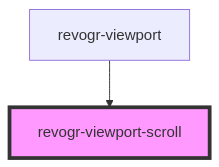
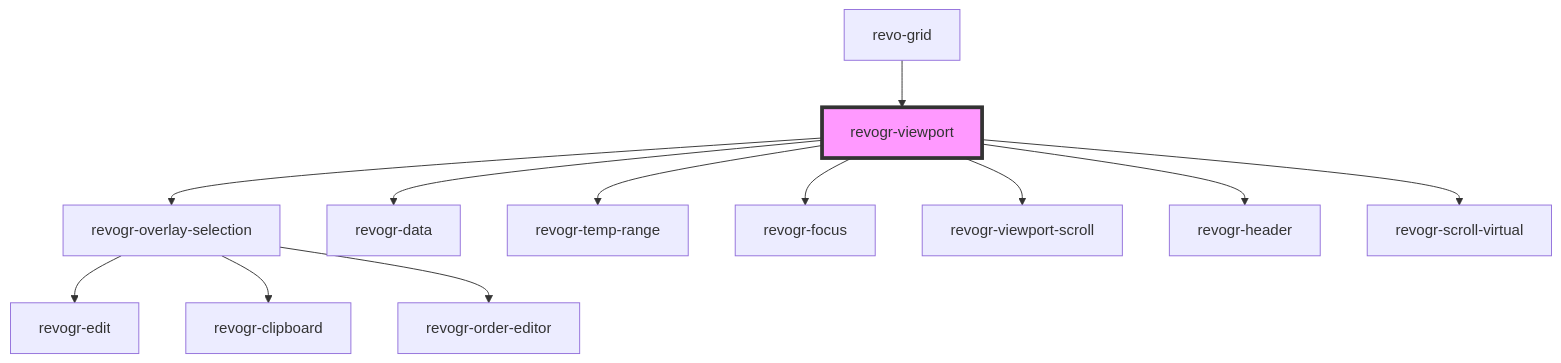
The diagram in src/components/viewport/readme.md (revolist/revogrid), drawn with Mermaid before and after one commit. The commit also changed other lines of this file and 6 other files, not shown here.

````diff
--- a/src/components/viewport/readme.md
+++ b/src/components/viewport/readme.md
@@ -44,5 +75,15 @@
 ```mermaid
 graph TD;
+  revogr-viewport --> revogr-overlay-selection
+  revogr-viewport --> revogr-data
+  revogr-viewport --> revogr-temp-range
+  revogr-viewport --> revogr-focus
   revogr-viewport --> revogr-viewport-scroll
-  style revogr-viewport-scroll fill:#f9f,stroke:#333,stroke-width:4px
+  revogr-viewport --> revogr-header
+  revogr-viewport --> revogr-scroll-virtual
+  revogr-overlay-selection --> revogr-edit
+  revogr-overlay-selection --> revogr-clipboard
+  revogr-overlay-selection --> revogr-order-editor
+  revo-grid --> revogr-viewport
+  style revogr-viewport fill:#f9f,stroke:#333,stroke-width:4px
 ```
````
